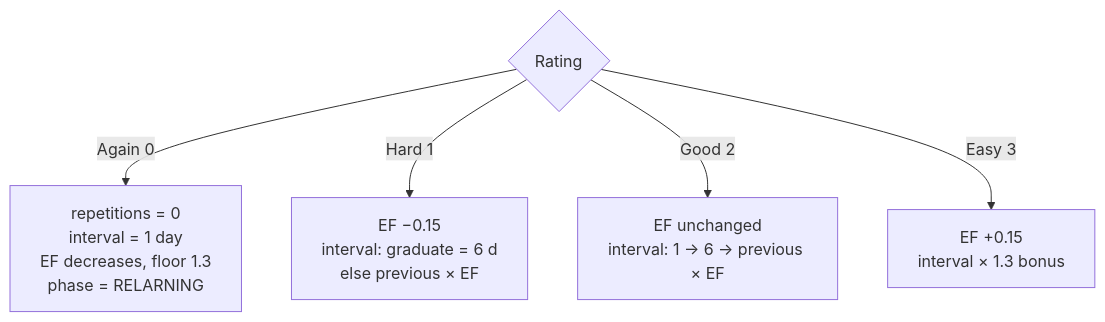
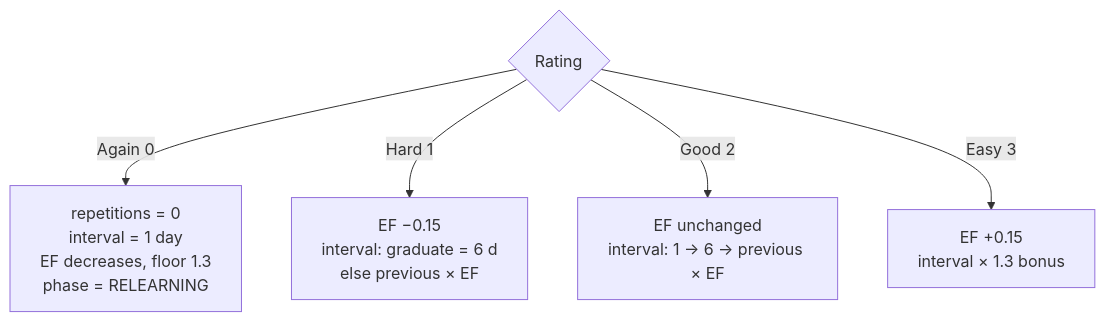
One commit to patbaumgartner/spaced-repeater-android changed the diagram in docs/adr/0004-sm2-scheduling-algorithm.md. Above: the diagram before and after it, drawn with Mermaid. The commit also changed 43 other files, not shown here.

````diff
--- a/docs/adr/0004-sm2-scheduling-algorithm.md
+++ b/docs/adr/0004-sm2-scheduling-algorithm.md
@@ -32,7 +32,7 @@
 ```mermaid
 flowchart TD
-    R{Rating} -->|Again 0| Lapse[repetitions = 0<br/>interval = 1 day<br/>EF decreases, floor 1.3<br/>phase = RELARNING]
+    R{Rating} -->|Again 0| Lapse[repetitions = 0<br/>interval = 1 day<br/>EF decreases, floor 1.3<br/>phase = RELEARNING]
     R -->|Hard 1| H[EF −0.15<br/>interval: graduate = 6 d<br/>else previous × EF]
     R -->|Good 2| G[EF unchanged<br/>interval: 1 → 6 → previous × EF]
     R -->|Easy 3| E[EF +0.15<br/>interval × 1.3 bonus]
 ```
````
